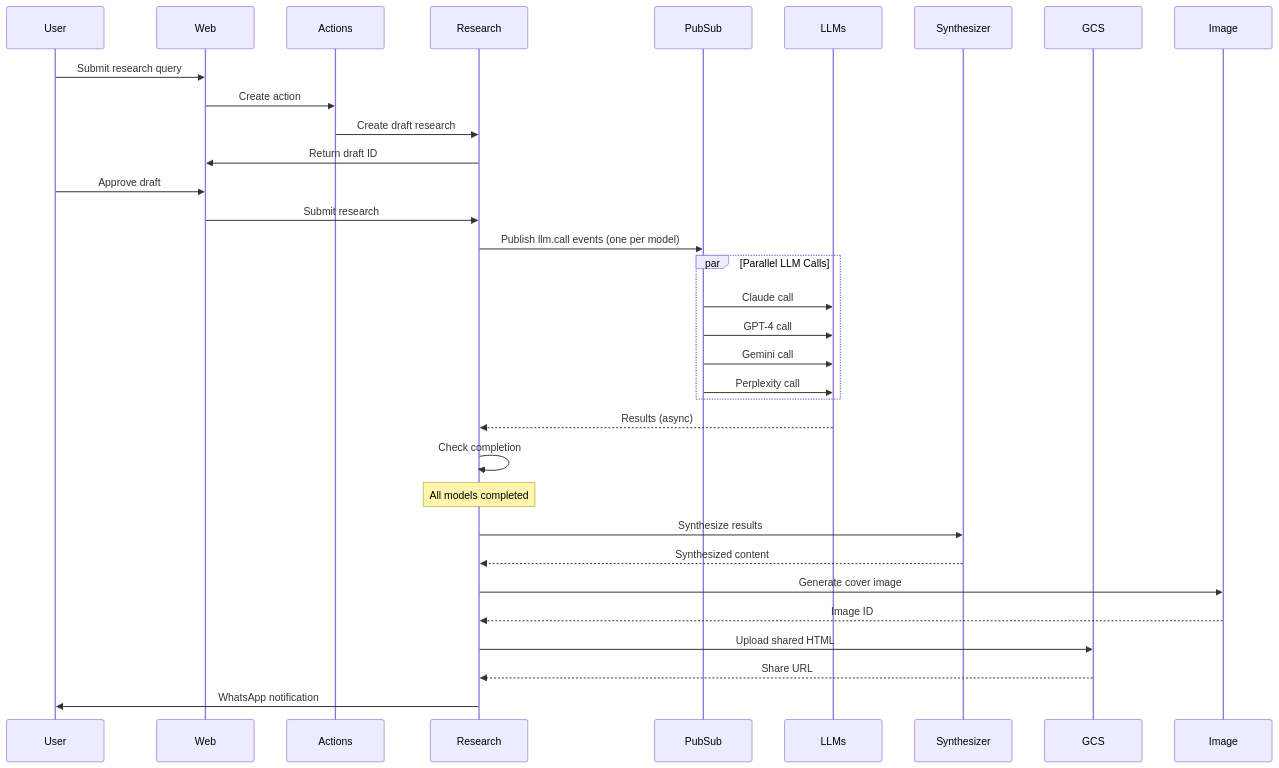
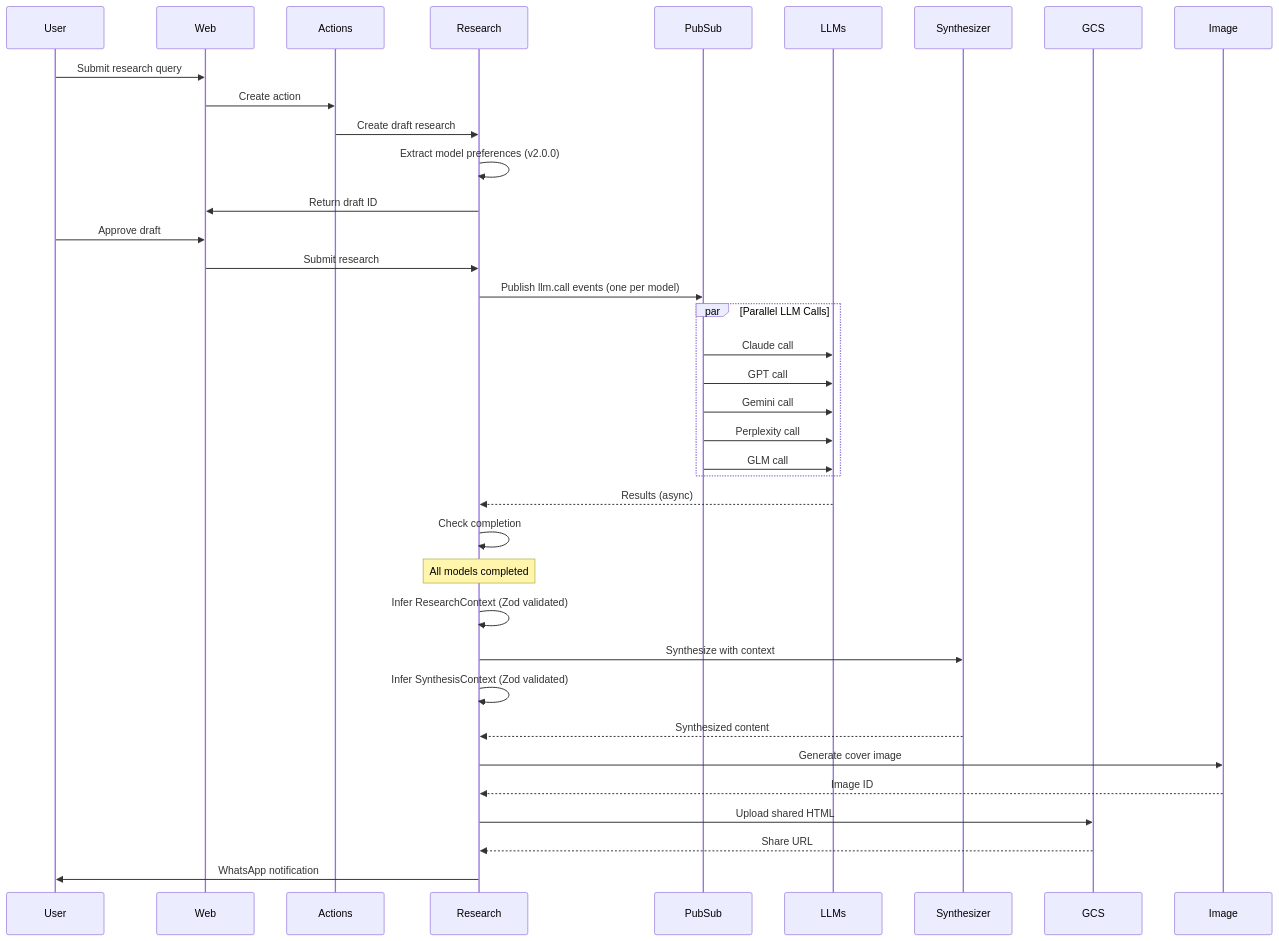
Before and after one commit to pbuchman/praxos: the fourth of 4 diagrams in docs/services/research-agent/technical.md, drawn with Mermaid. The commit also changed other lines of this file and 55 other files, not shown here.

````diff
--- a/docs/services/research-agent/technical.md
+++ b/docs/services/research-agent/technical.md
@@ -43,44 +132,48 @@
 ```mermaid
 sequenceDiagram
     participant User
     participant Web
     participant Actions
     participant Research
     participant PubSub
     participant LLMs
     participant Synthesizer
     participant GCS
     participant Image
 
     User->>Web: Submit research query
     Web->>Actions: Create action
     Actions->>Research: Create draft research
+    Research->>Research: Extract model preferences (v2.0.0)
     Research->>Web: Return draft ID
 
     User->>Web: Approve draft
     Web->>Research: Submit research
     Research->>PubSub: Publish llm.call events (one per model)
 
     par Parallel LLM Calls
         PubSub->>LLMs: Claude call
-        PubSub->>LLMs: GPT-4 call
+        PubSub->>LLMs: GPT call
         PubSub->>LLMs: Gemini call
         PubSub->>LLMs: Perplexity call
+        PubSub->>LLMs: GLM call
     end
 
     LLMs-->>Research: Results (async)
     Research->>Research: Check completion
 
     Note over Research: All models completed
 
-    Research->>Synthesizer: Synthesize results
+    Research->>Research: Infer ResearchContext (Zod validated)
+    Research->>Synthesizer: Synthesize with context
+    Research->>Research: Infer SynthesisContext (Zod validated)
     Synthesizer-->>Research: Synthesized content
 
     Research->>Image: Generate cover image
     Image-->>Research: Image ID
 
     Research->>GCS: Upload shared HTML
     GCS-->>Research: Share URL
 
     Research->>User: WhatsApp notification
 ```
````
